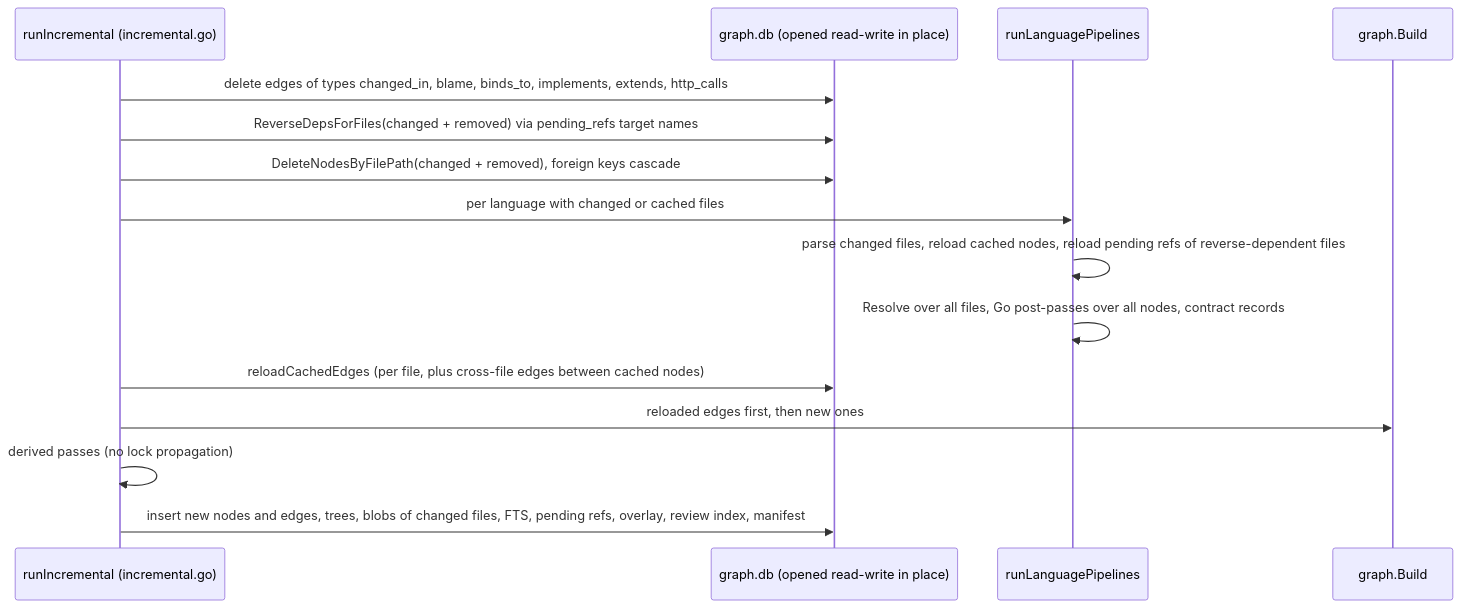
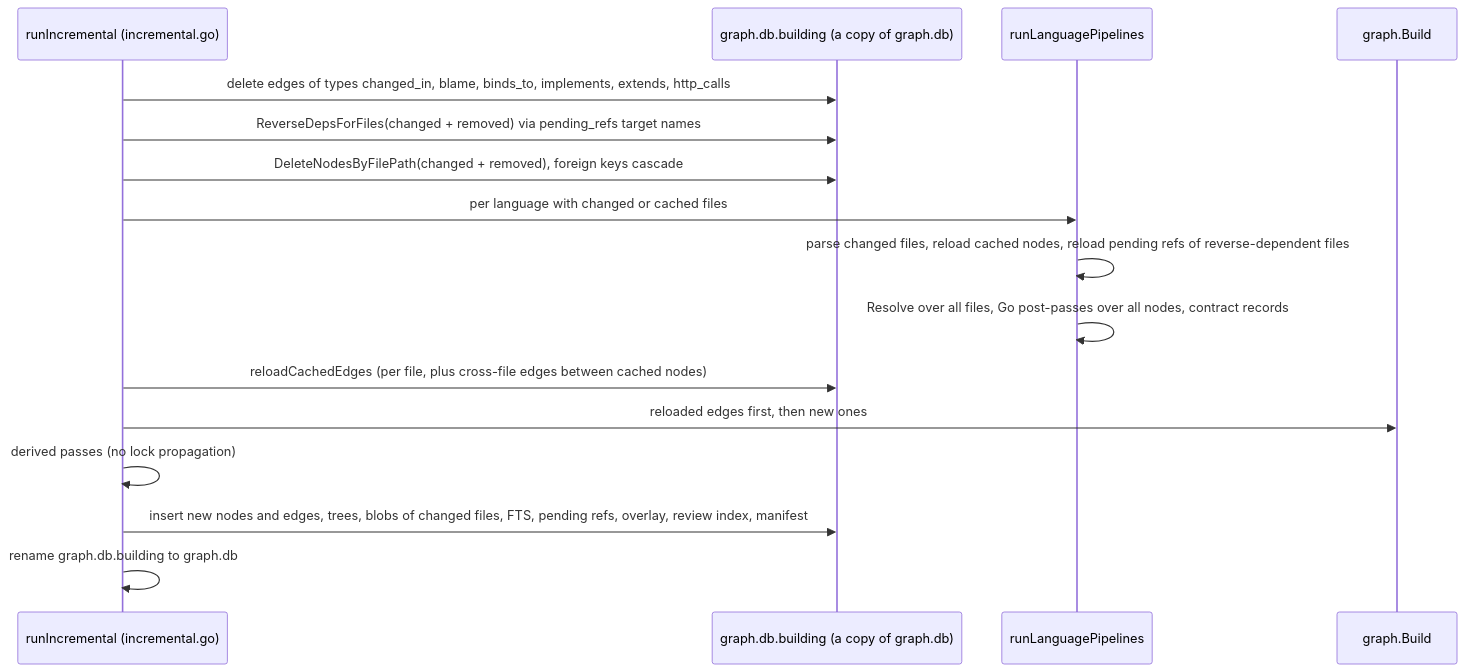
One commit to 0xmhha/knowledge-system changed the fifth of 8 diagrams in docs/graph/CKG-STRUCTURE.md. Above: the diagram before and after it, drawn with Mermaid. The commit also changed other lines of this file and 1 other file, not shown here.

First line of the commit message:
docs(graph): build scope origin, stored-table checks and fact-checked defects

````diff
--- a/docs/graph/CKG-STRUCTURE.md
+++ b/docs/graph/CKG-STRUCTURE.md
@@ -142,17 +165,18 @@
 ```mermaid
 sequenceDiagram
   participant I as runIncremental (incremental.go)
-  participant S as graph.db (opened read-write in place)
+  participant S as graph.db.building (a copy of graph.db)
   participant L as runLanguagePipelines
   participant B as graph.Build
   I->>S: delete edges of types changed_in, blame, binds_to, implements, extends, http_calls
   I->>S: ReverseDepsForFiles(changed + removed) via pending_refs target names
   I->>S: DeleteNodesByFilePath(changed + removed), foreign keys cascade
   I->>L: per language with changed or cached files
   L->>L: parse changed files, reload cached nodes, reload pending refs of reverse-dependent files
   L->>L: Resolve over all files, Go post-passes over all nodes, contract records
   I->>S: reloadCachedEdges (per file, plus cross-file edges between cached nodes)
   I->>B: reloaded edges first, then new ones
   I->>I: derived passes (no lock propagation)
   I->>S: insert new nodes and edges, trees, blobs of changed files, FTS, pending refs, overlay, review index, manifest
+  I->>I: rename graph.db.building to graph.db
 ```
````
